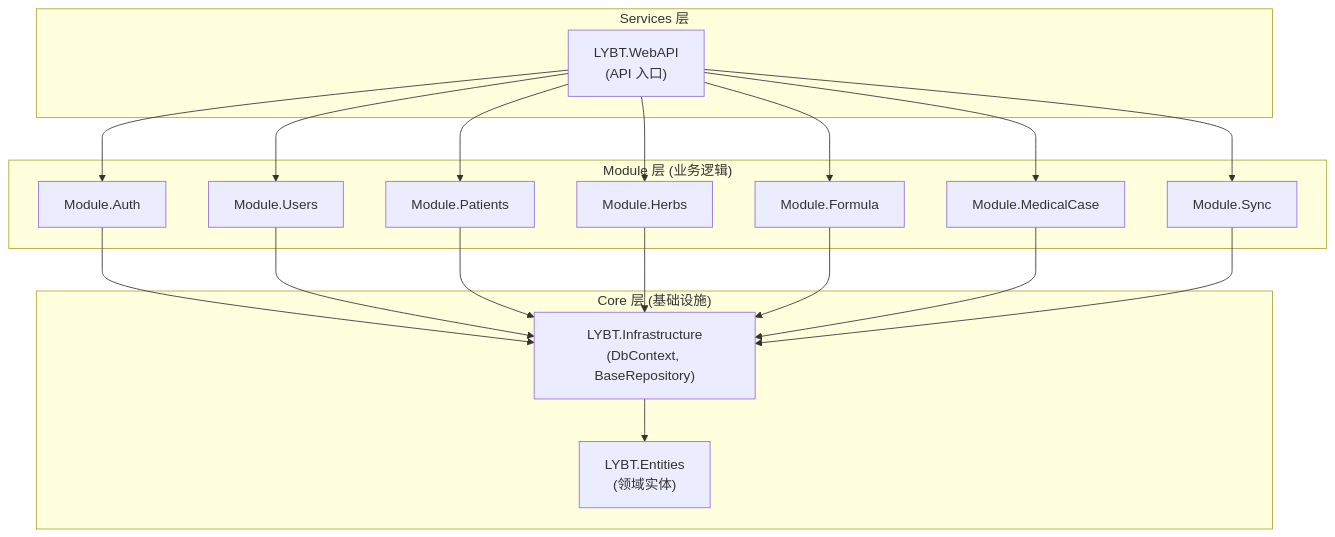
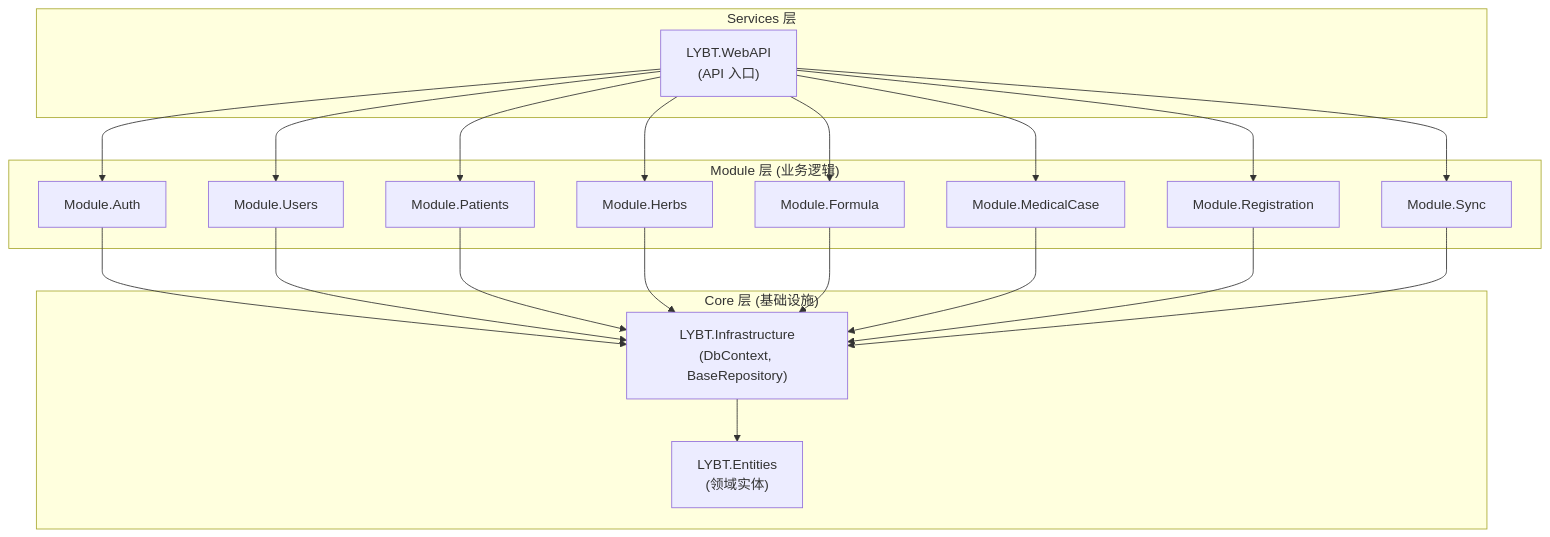
One commit to shouqitao/LYBTZYZS changed the diagram in docs/03-architecture/server.md. Above: the diagram before and after it, drawn with Mermaid. The commit also changed other lines of this file and 52 other files, not shown here.

````diff
--- a/docs/03-architecture/server.md
+++ b/docs/03-architecture/server.md
@@ -9,25 +9,26 @@
 ```mermaid
 graph TB
     subgraph Services["Services 层"]
         WebAPI["LYBT.WebAPI<br>(API 入口)"]
     end
 
     subgraph Modules["Module 层 (业务逻辑)"]
         Auth["Module.Auth"]
         Users["Module.Users"]
         Patients["Module.Patients"]
         Herbs["Module.Herbs"]
         Formula["Module.Formula"]
         MC["Module.MedicalCase"]
+        Reg["Module.Registration"]
         Sync["Module.Sync"]
     end
 
     subgraph Core["Core 层 (基础设施)"]
         Infra["LYBT.Infrastructure<br>(DbContext, BaseRepository)"]
         Entities["LYBT.Entities<br>(领域实体)"]
     end
 
-    WebAPI --> Auth & Users & Patients & Herbs & Formula & MC & Sync
-    Auth & Users & Patients & Herbs & Formula & MC & Sync --> Infra
+    WebAPI --> Auth & Users & Patients & Herbs & Formula & MC & Reg & Sync
+    Auth & Users & Patients & Herbs & Formula & MC & Reg & Sync --> Infra
     Infra --> Entities
 ```
````
